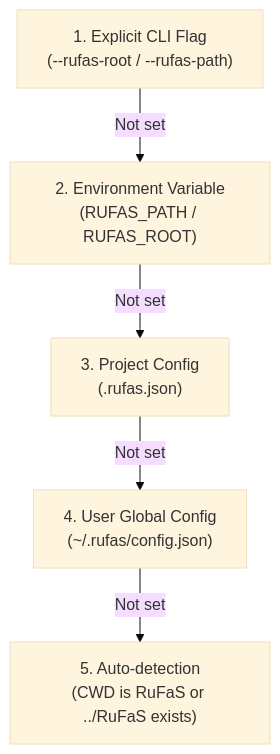
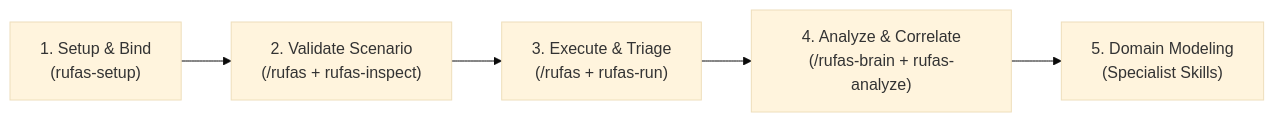
One commit to thiago-f-santos/rufas-agentic-tooling changed the diagram in README.md. Above: the diagram before and after it, drawn with Mermaid (base theme). The commit also changed other lines of this file, not shown here.

````diff
--- a/README.md
+++ b/README.md
@@ -85,7 +94,7 @@
 ```mermaid
-flowchart TD
-    A["1. Explicit CLI Flag<br/>(--rufas-root / --rufas-path)"] -->|Not set| B["2. Environment Variable<br/>(RUFAS_PATH / RUFAS_ROOT)"]
-    B -->|Not set| C["3. Project Config<br/>(.rufas.json)"]
-    C -->|Not set| D["4. User Global Config<br/>(~/.rufas/config.json)"]
-    D -->|Not set| E["5. Auto-detection<br/>(CWD is RuFaS or ../RuFaS exists)"]
+flowchart LR
+    A["1. Setup & Bind<br/>(rufas-setup)"] --> B["2. Validate Scenario<br/>(/rufas + rufas-inspect)"]
+    B --> C["3. Execute & Triage<br/>(/rufas + rufas-run)"]
+    C --> D["4. Analyze & Correlate<br/>(/rufas-brain + rufas-analyze)"]
+    D --> E["5. Domain Modeling<br/>(Specialist Skills)"]
 ```
````
